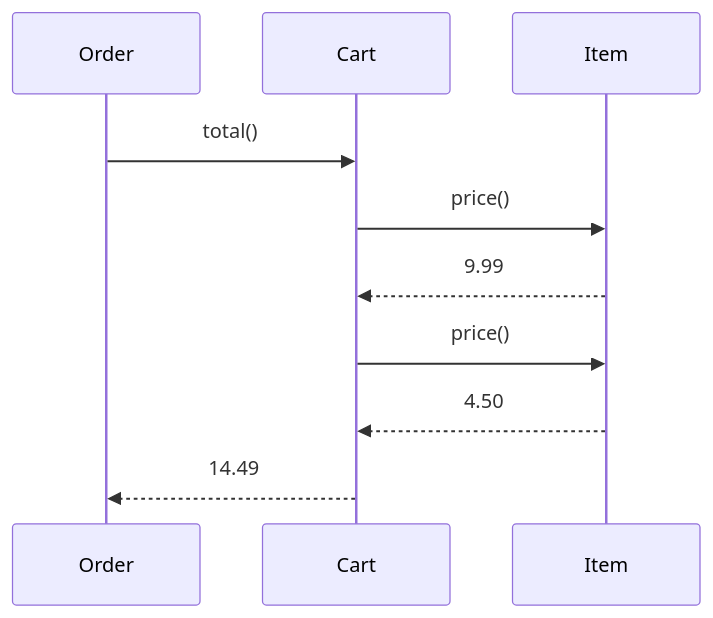
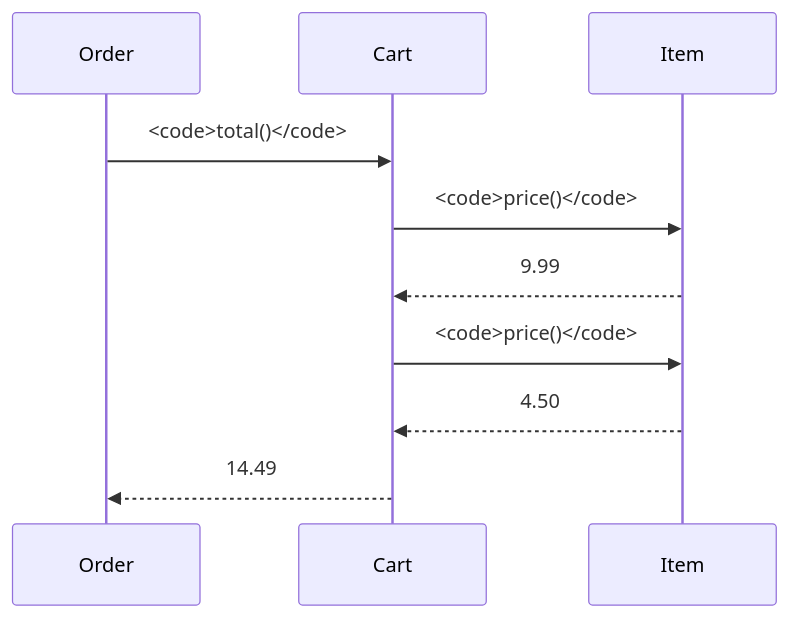
One commit to dataslope/dataslope changed the second of 3 diagrams in content/courses/oop-blueprint-java/birth-of-oop.mdx. Above: the diagram before and after it, drawn with Mermaid. The commit also changed 65 other files, not shown here.

First line of the commit message:
Set code in every mermaid label in the mono face

````diff
--- a/content/courses/oop-blueprint-java/birth-of-oop.mdx
+++ b/content/courses/oop-blueprint-java/birth-of-oop.mdx
@@ -97,13 +97,13 @@
 ```mermaid
 sequenceDiagram
     participant Order
     participant Cart
     participant Item
 
-    Order->>Cart: total()
-    Cart->>Item: price()
+    Order->>Cart: <code>total()</code>
+    Cart->>Item: <code>price()</code>
     Item-->>Cart: 9.99
-    Cart->>Item: price()
+    Cart->>Item: <code>price()</code>
     Item-->>Cart: 4.50
     Cart-->>Order: 14.49
 ```
````
